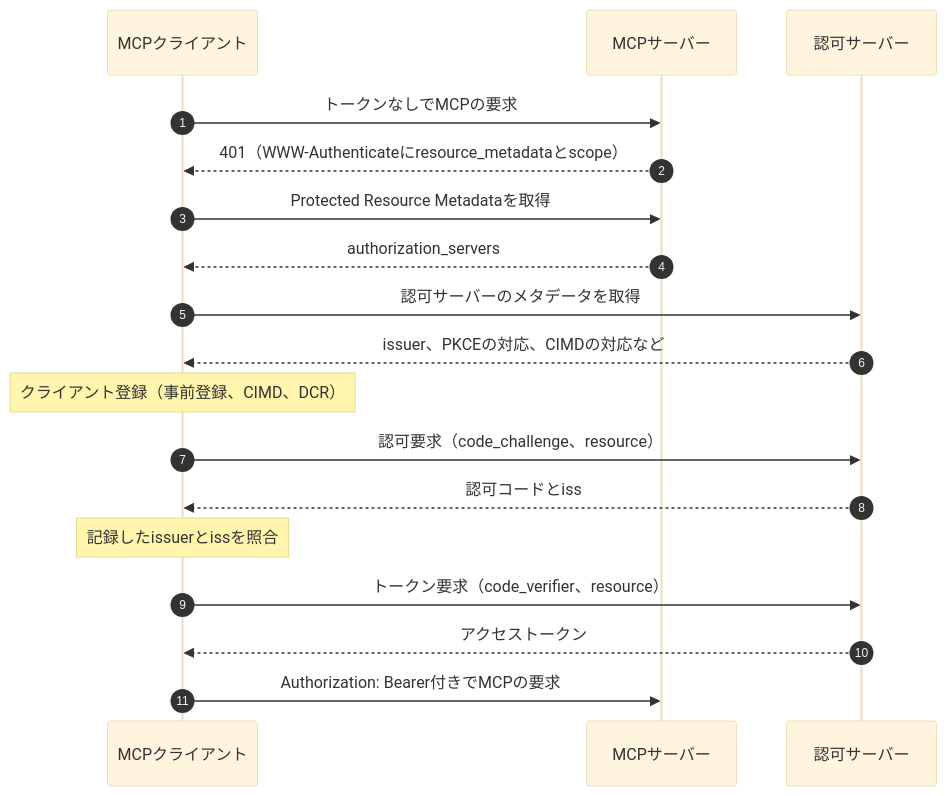
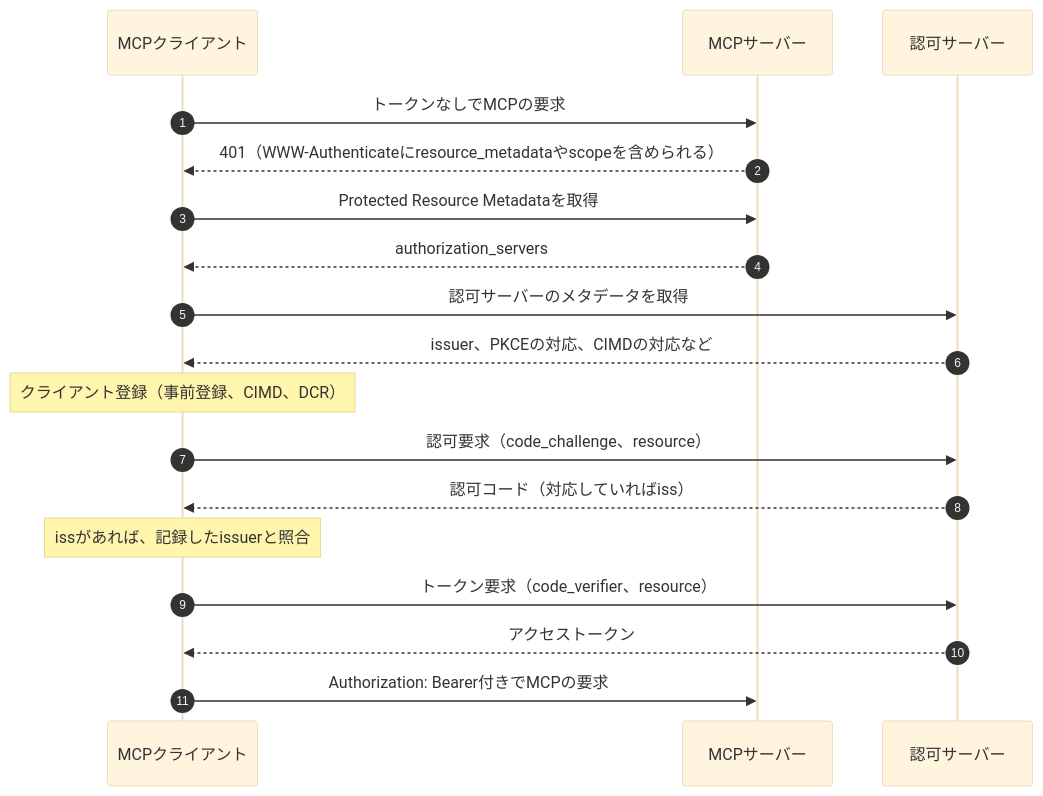
The third of 3 diagrams in content/ja/posts/mcp-authorization-design.md (bmf-san/bmf-tech), drawn with Mermaid (base theme) before and after one commit. The commit also changed other lines of this file and 1 other file, not shown here.

Commit message:
fix: MCP の認可設計の記事の認可フローの図で任意の要素を誤解されない書き方にする
- 401 の WWW-Authenticate に resource_metadata と scope を「含められる」とした（scope は SHOULD、resource_metadata は発見の方式の一方）
- 認可応答の iss は認可サーバーが対応していれば含まれる（SHOULD）ので、照合も iss がある場合とした
- OAuth 2.1 が IETF で策定中の Draft であることを補った

````diff
--- a/content/ja/posts/mcp-authorization-design.md
+++ b/content/ja/posts/mcp-authorization-design.md
@@ -249,21 +249,21 @@
 ```mermaid
 sequenceDiagram
     autonumber
     participant C as MCPクライアント
     participant M as MCPサーバー
     participant A as 認可サーバー
 
     C->>M: トークンなしでMCPの要求
-    M-->>C: 401（WWW-Authenticateにresource_metadataとscope）
+    M-->>C: 401（WWW-Authenticateにresource_metadataやscopeを含められる）
     C->>M: Protected Resource Metadataを取得
     M-->>C: authorization_servers
     C->>A: 認可サーバーのメタデータを取得
     A-->>C: issuer、PKCEの対応、CIMDの対応など
     Note over C: クライアント登録（事前登録、CIMD、DCR）
     C->>A: 認可要求（code_challenge、resource）
-    A-->>C: 認可コードとiss
-    Note over C: 記録したissuerとissを照合
+    A-->>C: 認可コード（対応していればiss）
+    Note over C: issがあれば、記録したissuerと照合
     C->>A: トークン要求（code_verifier、resource）
     A-->>C: アクセストークン
     C->>M: Authorization: Bearer付きでMCPの要求
 ```
````
